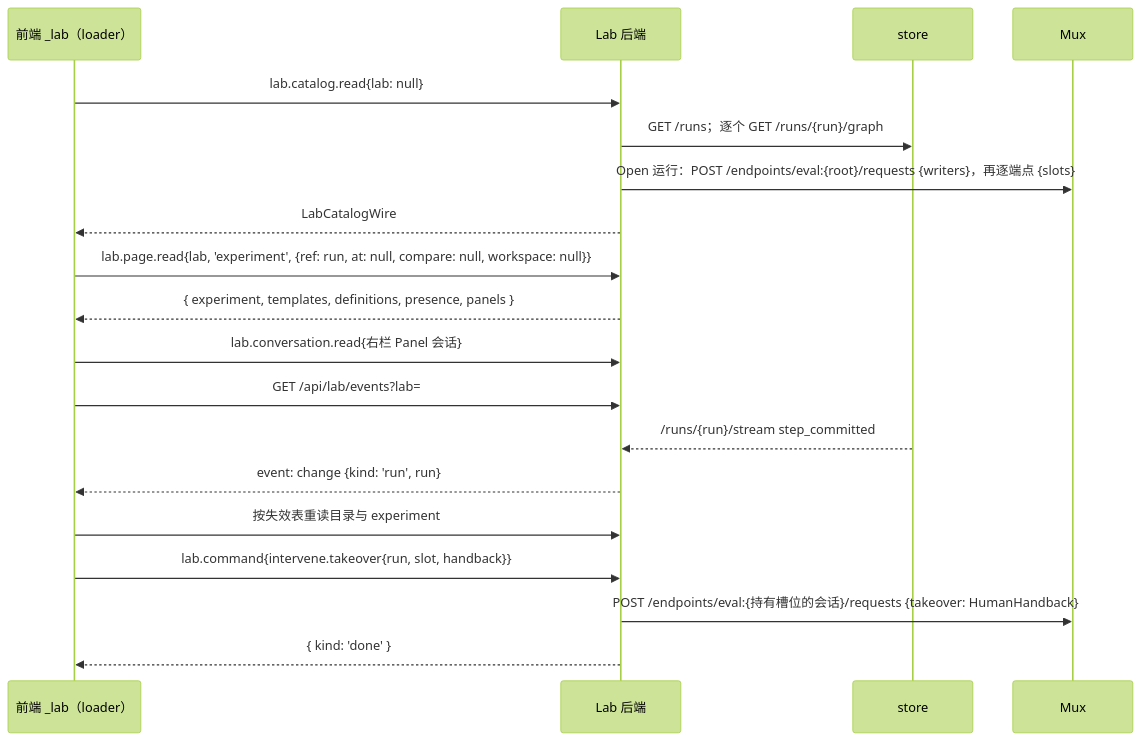
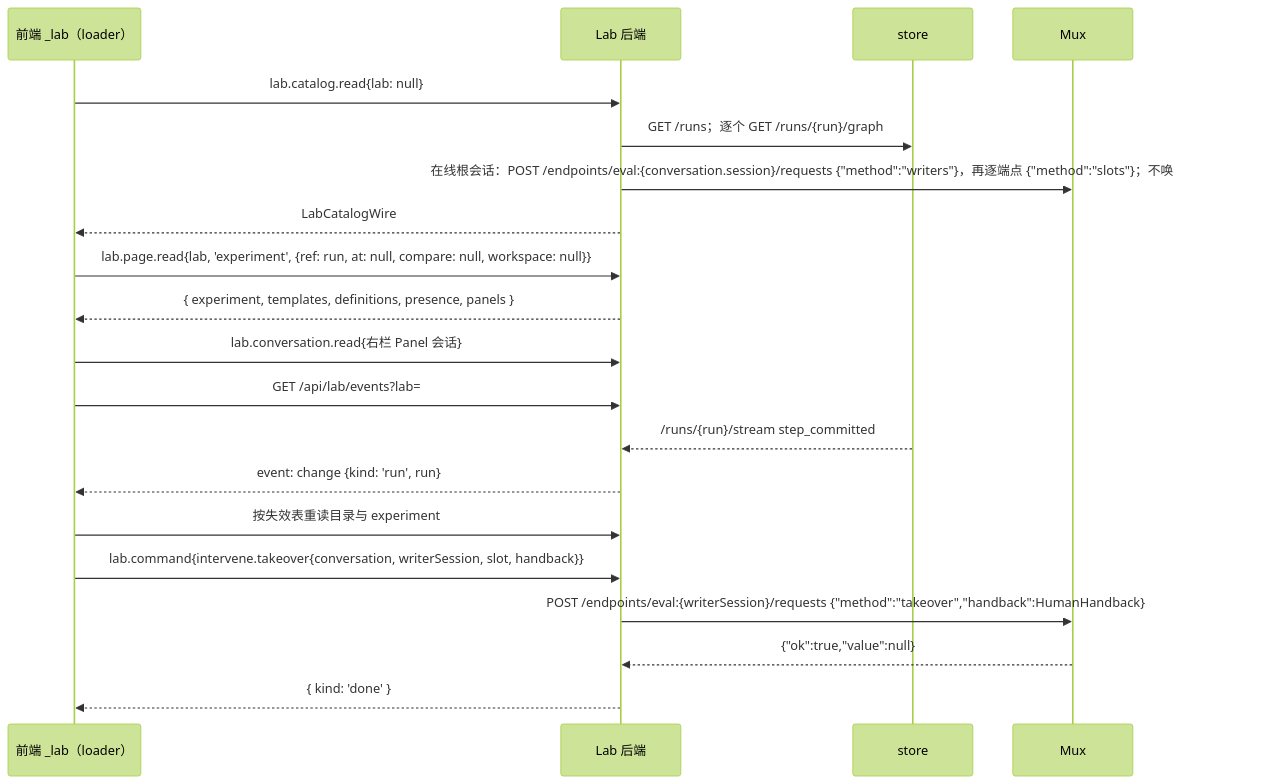
The diagram in evidence/decisions/D12-lab-wire.md (Pepgent/PM), drawn with Mermaid (forest theme) before and after one commit. The commit also changed other lines of this file and 5 other files, not shown here.

````diff
--- a/evidence/decisions/D12-lab-wire.md
+++ b/evidence/decisions/D12-lab-wire.md
@@ -597,21 +600,22 @@
 ```mermaid
 sequenceDiagram
     participant UI as 前端 _lab（loader）
     participant LAB as Lab 后端
     participant ST as store
     participant MUX as Mux
     UI->>LAB: lab.catalog.read{lab: null}
     LAB->>ST: GET /runs；逐个 GET /runs/{run}/graph
-    LAB->>MUX: Open 运行：POST /endpoints/eval:{root}/requests {writers}，再逐端点 {slots}
+    LAB->>MUX: 在线根会话：POST /endpoints/eval:{conversation.session}/requests {"method":"writers"}，再逐端点 {"method":"slots"}；不唤醒 parked 会话
     LAB-->>UI: LabCatalogWire
     UI->>LAB: lab.page.read{lab, 'experiment', {ref: run, at: null, compare: null, workspace: null}}
     LAB-->>UI: { experiment, templates, definitions, presence, panels }
     UI->>LAB: lab.conversation.read{右栏 Panel 会话}
     UI->>LAB: GET /api/lab/events?lab=
     ST-->>LAB: /runs/{run}/stream step_committed
     LAB-->>UI: event: change {kind: 'run', run}
     UI->>LAB: 按失效表重读目录与 experiment
-    UI->>LAB: lab.command{intervene.takeover{run, slot, handback}}
-    LAB->>MUX: POST /endpoints/eval:{持有槽位的会话}/requests {takeover: HumanHandback}
+    UI->>LAB: lab.command{intervene.takeover{conversation, writerSession, slot, handback}}
+    LAB->>MUX: POST /endpoints/eval:{writerSession}/requests {"method":"takeover","handback":HumanHandback}
+    MUX-->>LAB: {"ok":true,"value":null}
     LAB-->>UI: { kind: 'done' }
 ```
````
